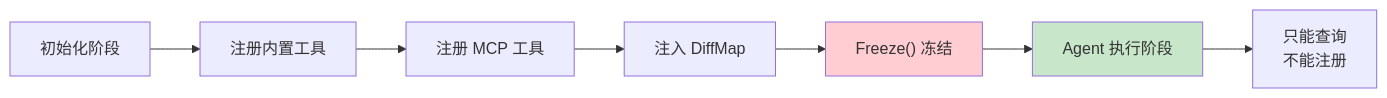
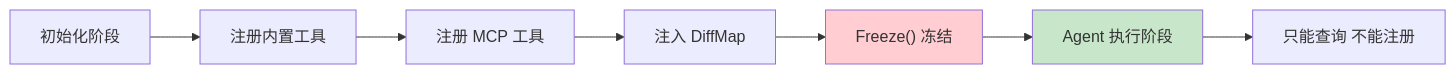
One commit to awesome-flexloop/awesome-okf changed the second of 9 diagrams in doc/bundles/jishu/ai/products/open-code-review/concepts/03-tools-mcp.md. Above: the diagram before and after it, drawn with Mermaid. The commit also changed other lines of this file and 10 other files, not shown here.

First line of the commit message:
docs(bundle): 清偿 Open Code Review 存量 Mermaid 违规避免规范漂移累积

````diff
--- a/doc/bundles/jishu/ai/products/open-code-review/concepts/03-tools-mcp.md
+++ b/doc/bundles/jishu/ai/products/open-code-review/concepts/03-tools-mcp.md
@@ -150,12 +145,11 @@
 ```mermaid
 flowchart LR
     Init["初始化阶段"] --> Reg["注册内置工具"]
     Reg --> MCP["注册 MCP 工具"]
     MCP --> Inject["注入 DiffMap"]
     Inject --> Freeze["Freeze() 冻结"]
     Freeze --> Run["Agent 执行阶段"]
-    Run --> Query["只能查询<br/>不能注册"]
-
+    Run --> Query["只能查询 不能注册"]
     style Freeze fill:#ffcdd2
     style Run fill:#c8e6c9
 ```
````
